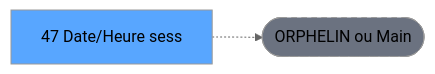
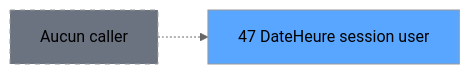
One commit to thonyAGP/magic-migration changed the second of 3 diagrams in .openspec/specs/ADH-IDE-47.md. Above: the diagram before and after it, drawn with Mermaid (neutral theme). The commit also changed other lines of this file and 311 other files, not shown here.

````diff
--- a/.openspec/specs/ADH-IDE-47.md
+++ b/.openspec/specs/ADH-IDE-47.md
@@ -121,8 +131,8 @@
 ```mermaid
 graph LR
-    T[47 Date/Heure sess]
-    ORPHAN([ORPHELIN ou Main])
-    T -.-> ORPHAN
-    style T fill:#58a6ff,color:#000
-    style ORPHAN fill:#6b7280,stroke-dasharray: 5 5
+    T47[47 DateHeure session user]
+    style T47 fill:#58a6ff
+    NONE[Aucun caller]
+    NONE -.-> T47
+    style NONE fill:#6b7280,stroke-dasharray: 5 5
 ```
````
